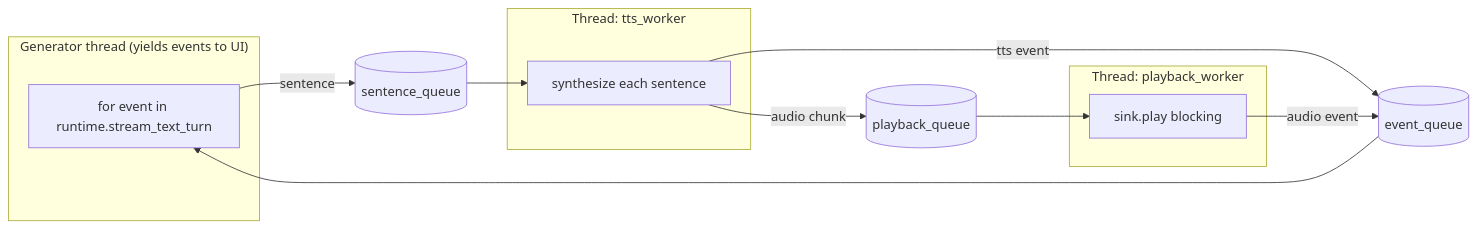
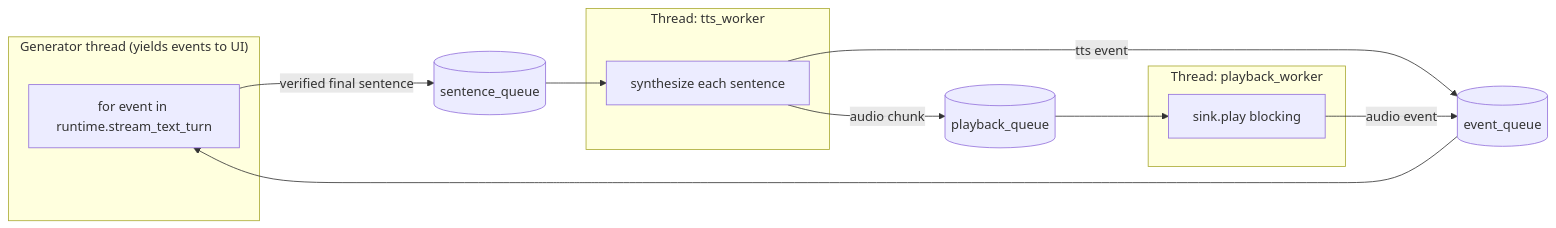
The third of 5 diagrams in docs/03-voice-pipeline.md (finalflash159/soca), drawn with Mermaid before and after one commit. The commit also changed other lines of this file and 10 other files, not shown here.

````diff
--- a/docs/03-voice-pipeline.md
+++ b/docs/03-voice-pipeline.md
@@ -68,20 +72,20 @@
 ```mermaid
 flowchart LR
     subgraph Main["Generator thread (yields events to UI)"]
         G[for event in runtime.stream_text_turn]
     end
     subgraph TTSW["Thread: tts_worker"]
         T[synthesize each sentence]
     end
     subgraph PBW["Thread: playback_worker"]
         P[sink.play blocking]
     end
 
-    G -->|sentence| SQ[(sentence_queue)]
+    G -->|verified final sentence| SQ[(sentence_queue)]
     SQ --> T
     T -->|audio chunk| PQ[(playback_queue)]
     PQ --> P
     T -->|tts event| EQ[(event_queue)]
     P -->|audio event| EQ
     EQ --> G
 ```
````
